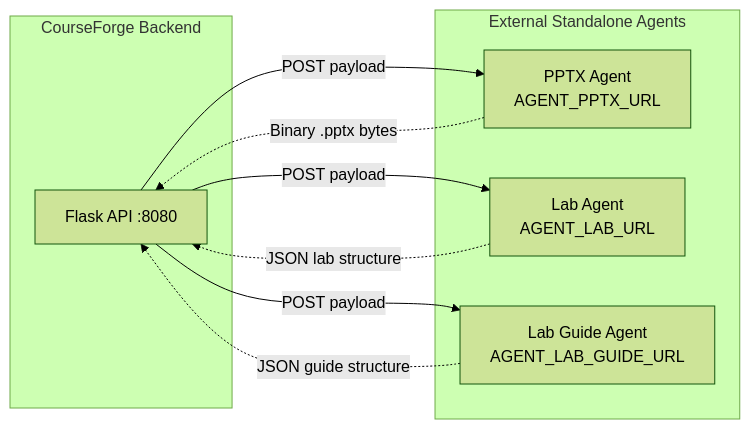
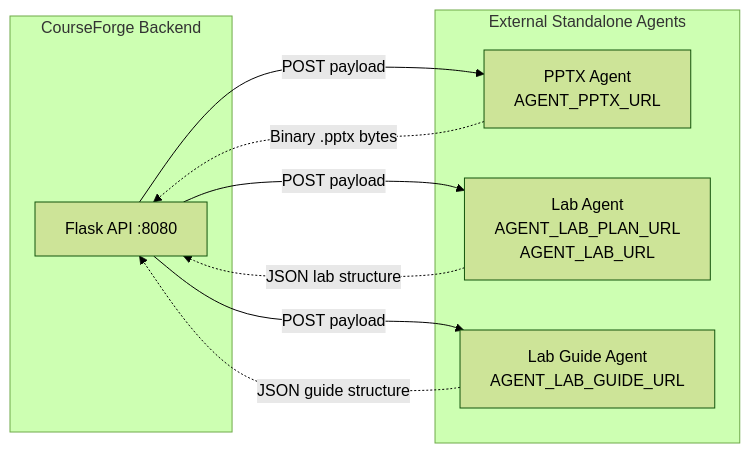
One commit to EduservIT-MVP/course-mvp-ui changed the diagram in backend/DEVELOPER.md. Above: the diagram before and after it, drawn with Mermaid (forest theme). The commit also changed other lines of this file and 23 other files, not shown here.

````diff
--- a/backend/DEVELOPER.md
+++ b/backend/DEVELOPER.md
@@ -11,20 +11,20 @@
 ```mermaid
 flowchart LR
     subgraph CourseForge Backend
         API[Flask API :8080]
     end
 
     subgraph External Standalone Agents
         PPTX[PPTX Agent\nAGENT_PPTX_URL]
-        LAB[Lab Agent\nAGENT_LAB_URL]
+        LAB[Lab Agent\nAGENT_LAB_PLAN_URL\nAGENT_LAB_URL]
         GUIDE[Lab Guide Agent\nAGENT_LAB_GUIDE_URL]
     end
 
     API -->|POST payload| PPTX
     API -->|POST payload| LAB
     API -->|POST payload| GUIDE
 
     PPTX -.->|Binary .pptx bytes| API
     LAB -.->|JSON lab structure| API
     GUIDE -.->|JSON guide structure| API
 ```
````
